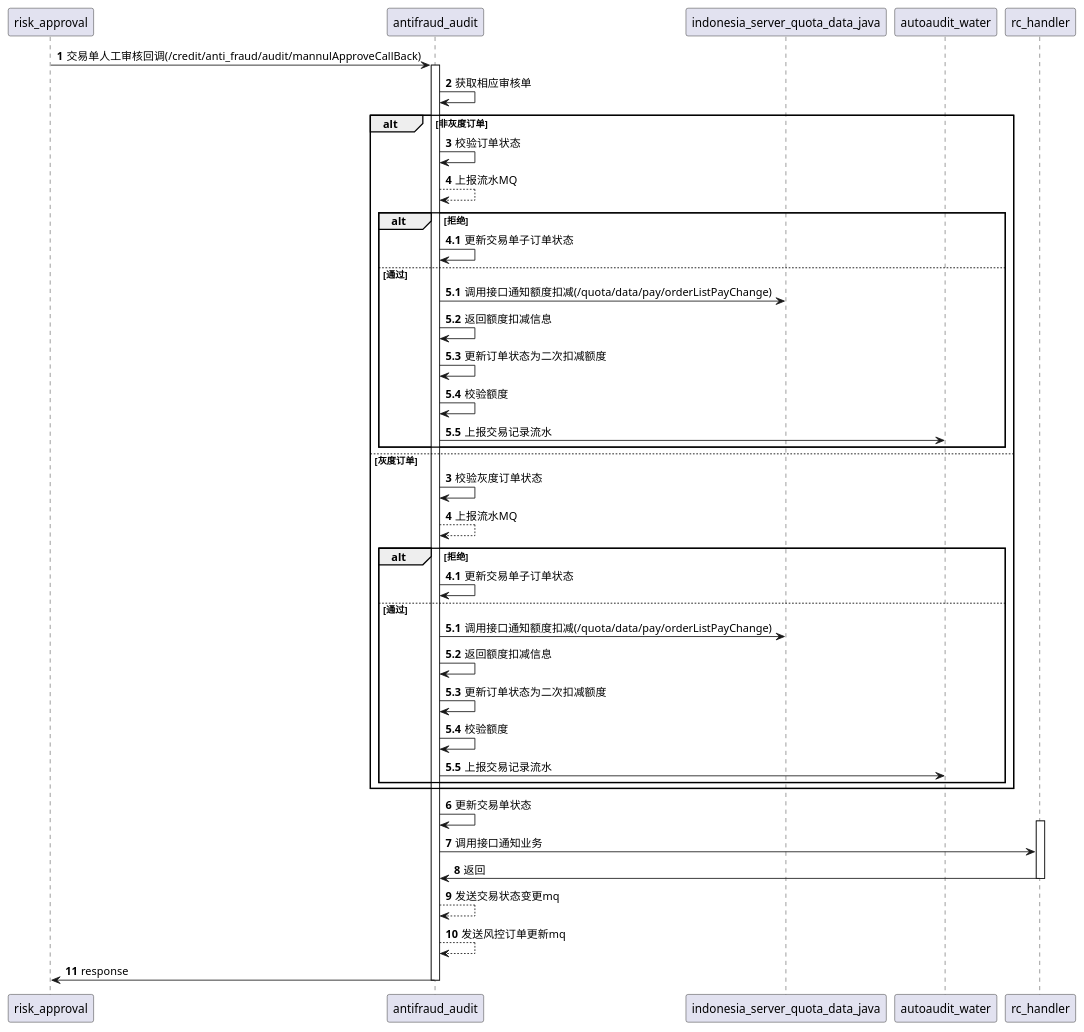
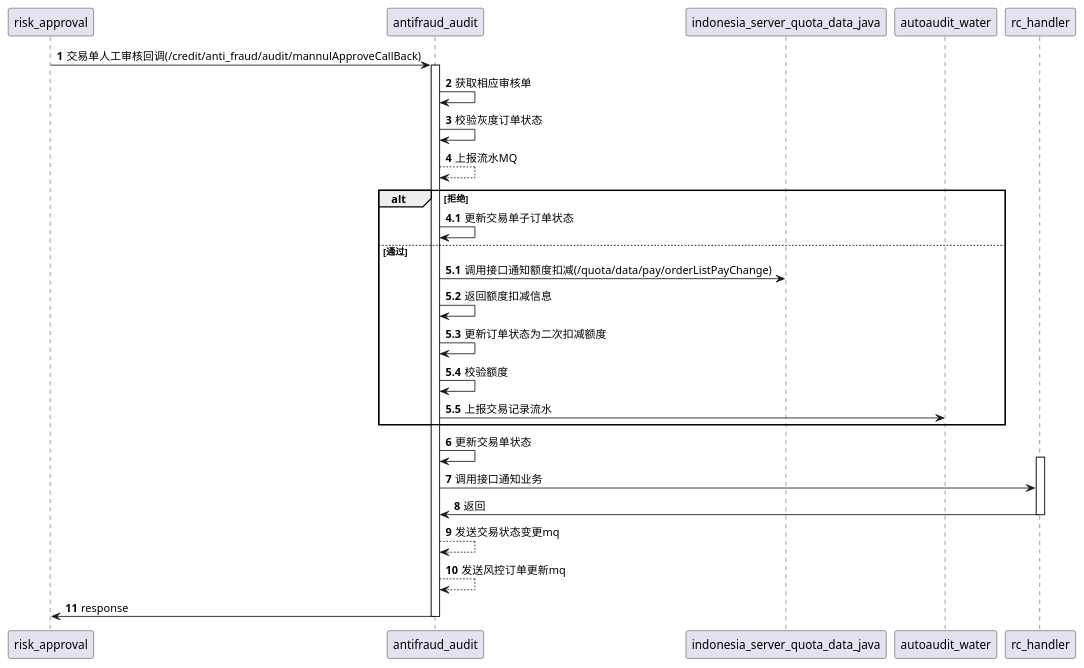
Before and after one commit to lujx98/algo: the diagram in random/src/main/java/com/p2/技术方案-p1流程设计-人工审核.puml, drawn with PlantUML. The commit also changed 2 other files, not shown here.

```diff
--- a/random/src/main/java/com/p2/技术方案-p1流程设计-人工审核.puml
+++ b/random/src/main/java/com/p2/技术方案-p1流程设计-人工审核.puml
@@ -1,60 +1,43 @@
 @startuml
 'https://plantuml.com/sequence-diagram
 
 autonumber
 risk_approval -> antifraud_audit: 交易单人工审核回调(/credit/anti_fraud/audit/mannulApproveCallBack)
 
 activate antifraud_audit
 antifraud_audit -> antifraud_audit: 获取相应审核单
 
-alt 非灰度订单
-autonumber 3
-antifraud_audit -> antifraud_audit: 校验订单状态
-antifraud_audit --> antifraud_audit: 上报流水MQ
-alt 拒绝
-    autonumber 4.1
-    antifraud_audit -> antifraud_audit: 更新交易单子订单状态
-else 通过
-    autonumber 5.1
-    antifraud_audit -> indonesia_server_quota_data_java:调用接口通知额度扣减(/quota/data/pay/orderListPayChange)
-    antifraud_audit -> antifraud_audit:返回额度扣减信息
-    antifraud_audit -> antifraud_audit:更新订单状态为二次扣减额度
-    antifraud_audit -> antifraud_audit: 校验额度
-    antifraud_audit -> autoaudit_water:上报交易记录流水
-end
-autonumber 6
-else 灰度订单
+
 autonumber 3
 
 antifraud_audit -> antifraud_audit: 校验灰度订单状态
 antifraud_audit --> antifraud_audit: 上报流水MQ
 alt 拒绝
     autonumber 4.1
     antifraud_audit -> antifraud_audit: 更新交易单子订单状态
 else 通过
     autonumber 5.1
     ' 需要确认
     antifraud_audit -> indonesia_server_quota_data_java:调用接口通知额度扣减(/quota/data/pay/orderListPayChange)
     antifraud_audit -> antifraud_audit:返回额度扣减信息
     antifraud_audit -> antifraud_audit:更新订单状态为二次扣减额度
     antifraud_audit -> antifraud_audit: 校验额度
     antifraud_audit -> autoaudit_water:上报交易记录流水
-end
 autonumber 6
 
 
 end
 
 antifraud_audit -> antifraud_audit: 更新交易单状态
 
 activate rc_handler
 antifraud_audit -> rc_handler: 调用接口通知业务
 rc_handler -> antifraud_audit: 返回
 deactivate rc_handler
 
 antifraud_audit --> antifraud_audit:发送交易状态变更mq
 antifraud_audit --> antifraud_audit:发送风控订单更新mq
 antifraud_audit -> risk_approval: response
 deactivate antifraud_audit
 
 @enduml
```
